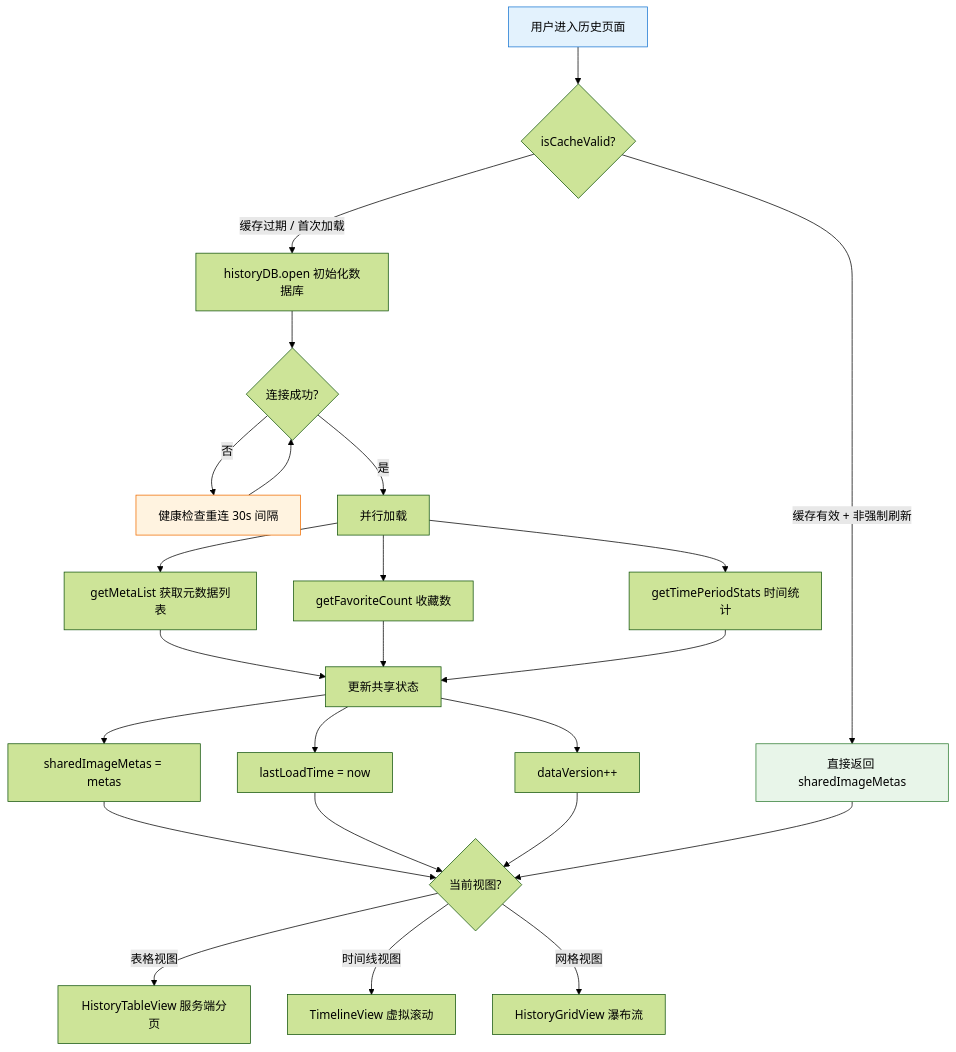
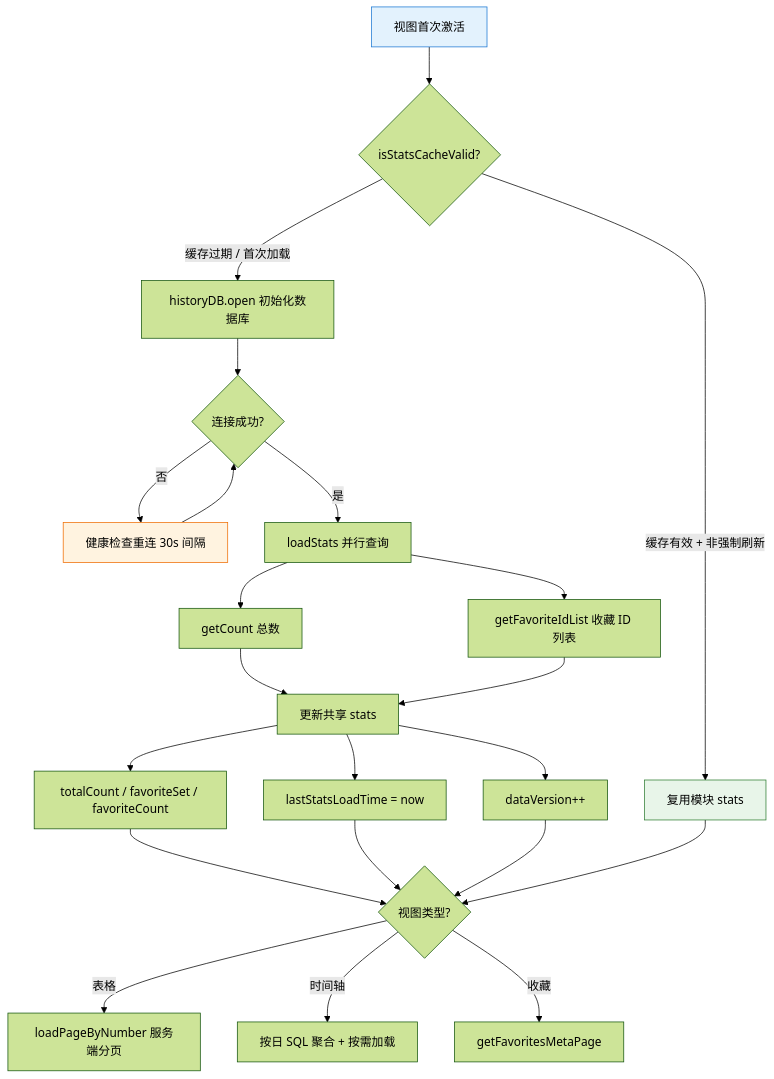
The first of 3 diagrams in docs/flows/history-flow.md (joeyliu6/PicNexus), drawn with Mermaid (forest theme) before and after one commit. The commit also changed other lines of this file and 4 other files, not shown here.

First line of the commit message:
docs(history): 同步文档 — 移除全量 metas 相关描述

````diff
--- a/docs/flows/history-flow.md
+++ b/docs/flows/history-flow.md
@@ -13,33 +19,32 @@
 ```mermaid
 flowchart TD
-    A[用户进入历史页面] --> B{isCacheValid?}
-    B -- "缓存有效 + 非强制刷新" --> C[直接返回 sharedImageMetas]
+    A[视图首次激活] --> B{isStatsCacheValid?}
+    B -- "缓存有效 + 非强制刷新" --> C[复用模块 stats]
     B -- "缓存过期 / 首次加载" --> D[historyDB.open 初始化数据库]
 
     D --> E{连接成功?}
     E -- 否 --> E1[健康检查重连 30s 间隔]
     E1 --> E
     E -- 是 --> F
 
-    F[并行加载]
-    F --> F1[getMetaList 获取元数据列表]
-    F --> F2[getFavoriteCount 收藏数]
-    F --> F3[getTimePeriodStats 时间统计]
+    F[loadStats 并行查询]
+    F --> F1[getCount 总数]
+    F --> F2[getFavoriteIdList 收藏 ID 列表]
 
-    F1 & F2 & F3 --> G[更新共享状态]
-    G --> G1["sharedImageMetas = metas"]
-    G --> G2["lastLoadTime = now"]
+    F1 & F2 --> G[更新共享 stats]
+    G --> G1["totalCount / favoriteSet / favoriteCount"]
+    G --> G2["lastStatsLoadTime = now"]
     G --> G3["dataVersion++"]
 
-    G1 & G2 & G3 --> H{当前视图?}
-    H -- 表格视图 --> I[HistoryTableView 服务端分页]
-    H -- 时间线视图 --> J[TimelineView 虚拟滚动]
-    H -- 网格视图 --> K[HistoryGridView 瀑布流]
+    G1 & G2 & G3 --> H{视图类型?}
+    H -- 表格 --> I[loadPageByNumber 服务端分页]
+    H -- 时间轴 --> J[按日 SQL 聚合 + 按需加载]
+    H -- 收藏 --> K[getFavoritesMetaPage]
 
     C --> H
 
     %% 样式
     style A fill:#e3f2fd,stroke:#1976d2
     style C fill:#e8f5e9,stroke:#2e7d32
     style E1 fill:#fff3e0,stroke:#ef6c00
 ```
````
